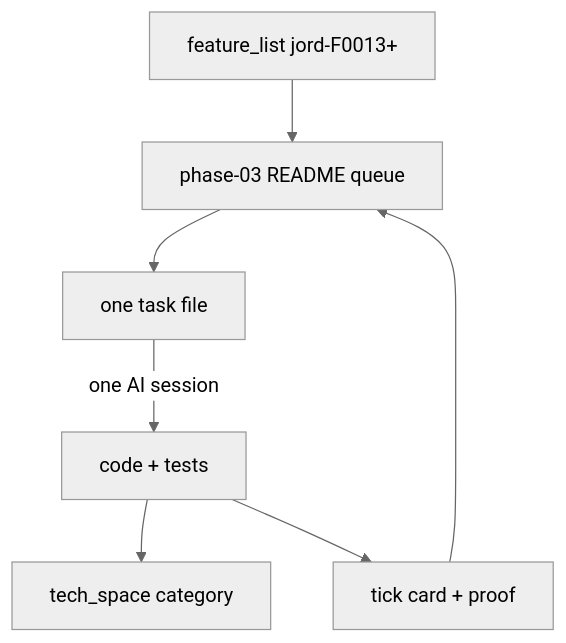
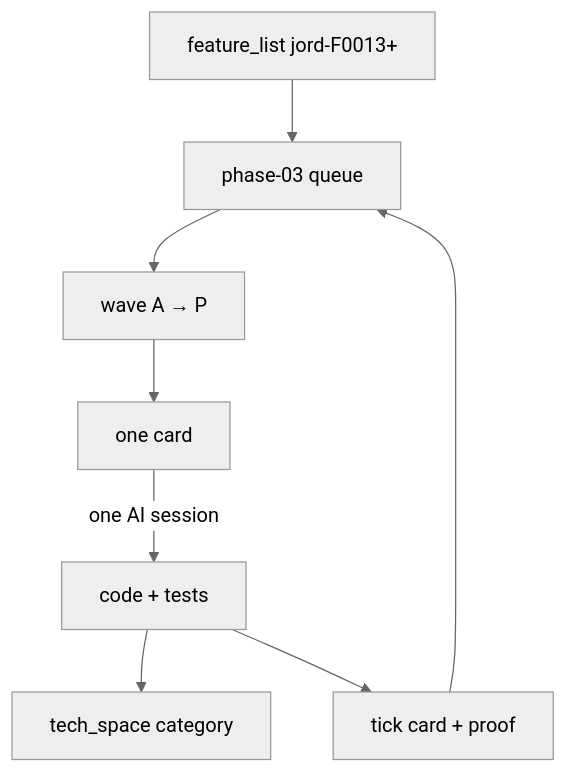
Before and after one commit to samtheory/altr.lab.turbo.v2: the first of 2 diagrams in Docs/plan/Jord/phase-03/README.md, drawn with Mermaid (neutral theme). The commit also changed other lines of this file and 88 other files, not shown here.

Commit message:
update docs and new task for jord

````diff
--- a/Docs/plan/Jord/phase-03/README.md
+++ b/Docs/plan/Jord/phase-03/README.md
@@ -25,9 +27,10 @@
 ```mermaid
 flowchart TD
-  FL[feature_list jord-F0013+] --> Q[phase-03 README queue]
-  Q --> T1[one task file]
-  T1 -->|one AI session| CODE[code + tests]
+  FL[feature_list jord-F0013+] --> Q[phase-03 queue]
+  Q --> W[wave A → P]
+  W --> T[one card]
+  T -->|one AI session| CODE[code + tests]
   CODE --> TS[tech_space category]
   CODE --> CARD[tick card + proof]
   CARD --> Q
 ```
````
